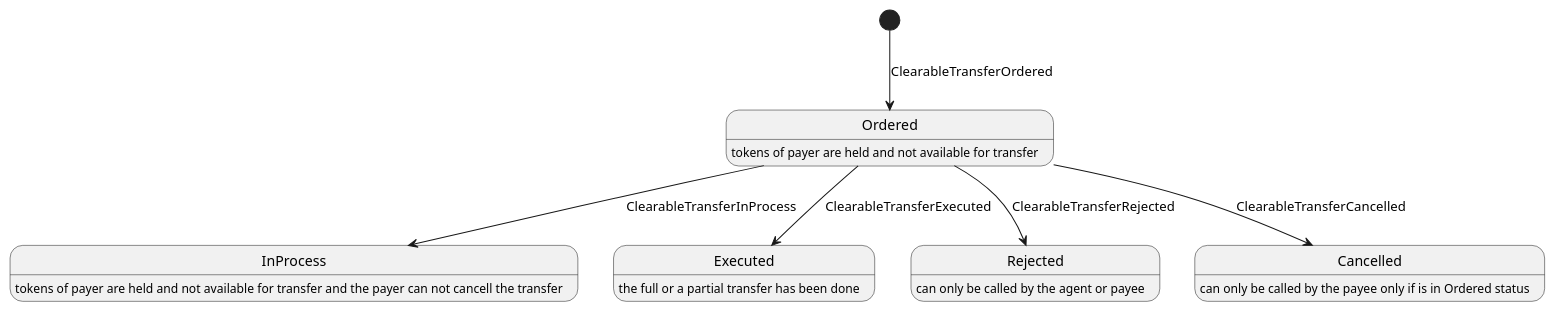
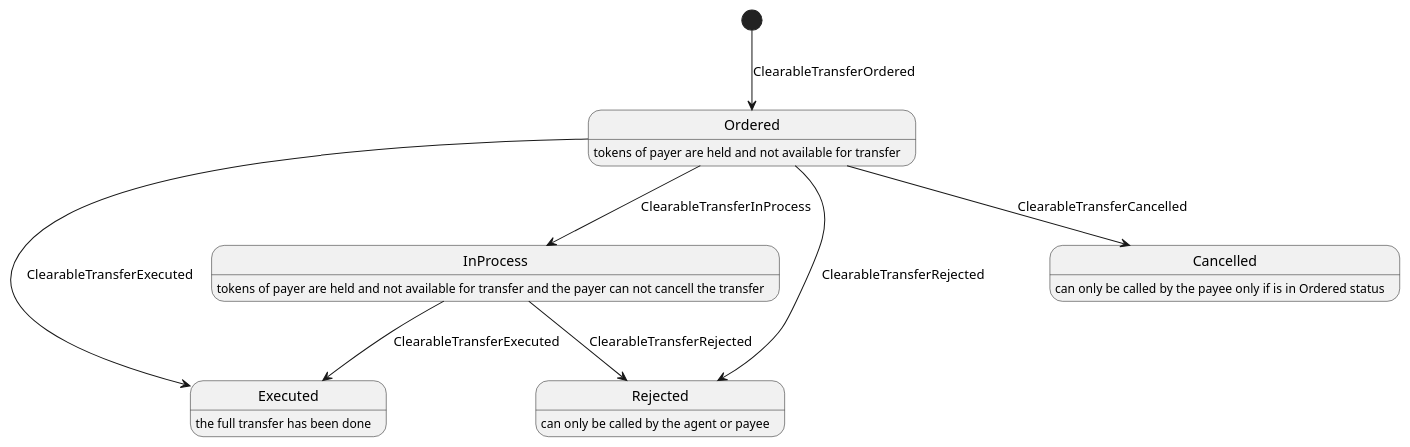
One commit to IoBuilders/clearable-token changed the diagram in diagrams/state_diagram.puml. Above: the diagram before and after it, drawn with PlantUML. The commit also changed other lines of this file and 4 other files, not shown here.

```diff
--- a/diagrams/state_diagram.puml
+++ b/diagrams/state_diagram.puml
@@ -1,12 +1,14 @@
 @startuml
 [*] --> Ordered: ClearableTransferOrdered
 Ordered --> InProcess: ClearableTransferInProcess
 Ordered --> Executed: ClearableTransferExecuted
 Ordered: tokens of payer are held and not available for transfer
 InProcess: tokens of payer are held and not available for transfer and the payer can not cancell the transfer
-Executed: the full or a partial transfer has been done
+InProcess --> Rejected: ClearableTransferRejected
+InProcess --> Executed: ClearableTransferExecuted
+Executed: the full transfer has been done
 Ordered --> Rejected: ClearableTransferRejected
 Rejected: can only be called by the agent or payee
 Ordered --> Cancelled: ClearableTransferCancelled
 Cancelled: can only be called by the payee only if is in Ordered status
 @enduml
```
